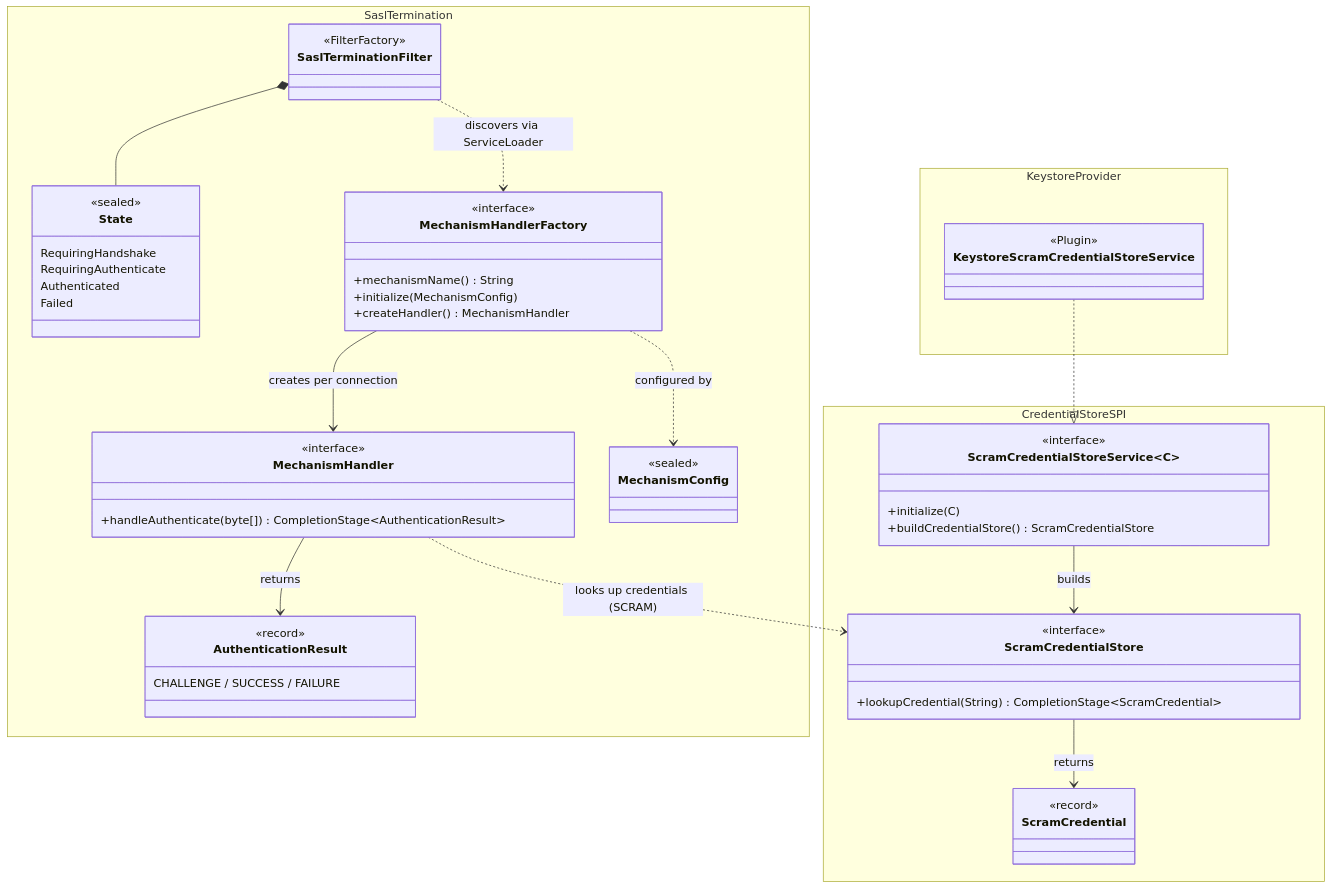
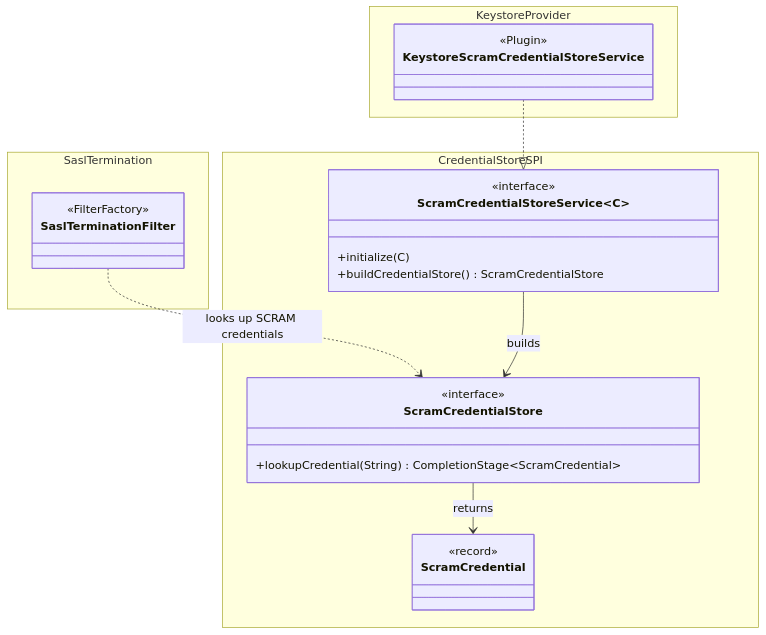
The second of 3 diagrams in proposals/124-sasl-termination.md (kroxylicious/design), drawn with Mermaid before and after one commit. The commit also changed other lines of this file, not shown here.

First line of the commit message:
docs(proposal): internalize mechanism handling, add unsupported mechanism to state machine, restructure filter description

````diff
--- a/proposals/124-sasl-termination.md
+++ b/proposals/124-sasl-termination.md
@@ -82,66 +82,37 @@
 ```mermaid
 classDiagram
     direction TB
 
     namespace SaslTermination {
         class SaslTerminationFilter {
             <<FilterFactory>>
-        }
-        class State {
-            <<sealed>>
-            RequiringHandshake
-            RequiringAuthenticate
-            Authenticated
-            Failed
-        }
-        class MechanismHandlerFactory {
-            <<interface>>
-            +mechanismName() String
-            +initialize(MechanismConfig)
-            +createHandler() MechanismHandler
-        }
-        class MechanismHandler {
-            <<interface>>
-            +handleAuthenticate(byte[]) CompletionStage~AuthenticationResult~
-        }
-        class AuthenticationResult {
-            <<record>>
-            CHALLENGE / SUCCESS / FAILURE
-        }
-        class MechanismConfig {
-            <<sealed>>
         }
     }
 
     namespace CredentialStoreSPI {
         class ScramCredentialStore {
             <<interface>>
             +lookupCredential(String) CompletionStage~ScramCredential~
         }
         class ScramCredentialStoreService~C~ {
             <<interface>>
             +initialize(C)
             +buildCredentialStore() ScramCredentialStore
         }
         class ScramCredential {
             <<record>>
         }
     }
 
     namespace KeystoreProvider {
         class KeystoreScramCredentialStoreService {
             <<Plugin>>
         }
     }
 
-    SaslTerminationFilter *-- State
-    SaslTerminationFilter ..> MechanismHandlerFactory : discovers via ServiceLoader
-    MechanismHandlerFactory --> MechanismHandler : creates per connection
-    MechanismHandler --> AuthenticationResult : returns
-    MechanismHandlerFactory ..> MechanismConfig : configured by
-    MechanismHandler ..> ScramCredentialStore : looks up credentials (SCRAM)
+    SaslTerminationFilter ..> ScramCredentialStore : looks up SCRAM credentials
 
     ScramCredentialStoreService --> ScramCredentialStore : builds
     ScramCredentialStore --> ScramCredential : returns
     KeystoreScramCredentialStoreService ..|> ScramCredentialStoreService
 ```
````
